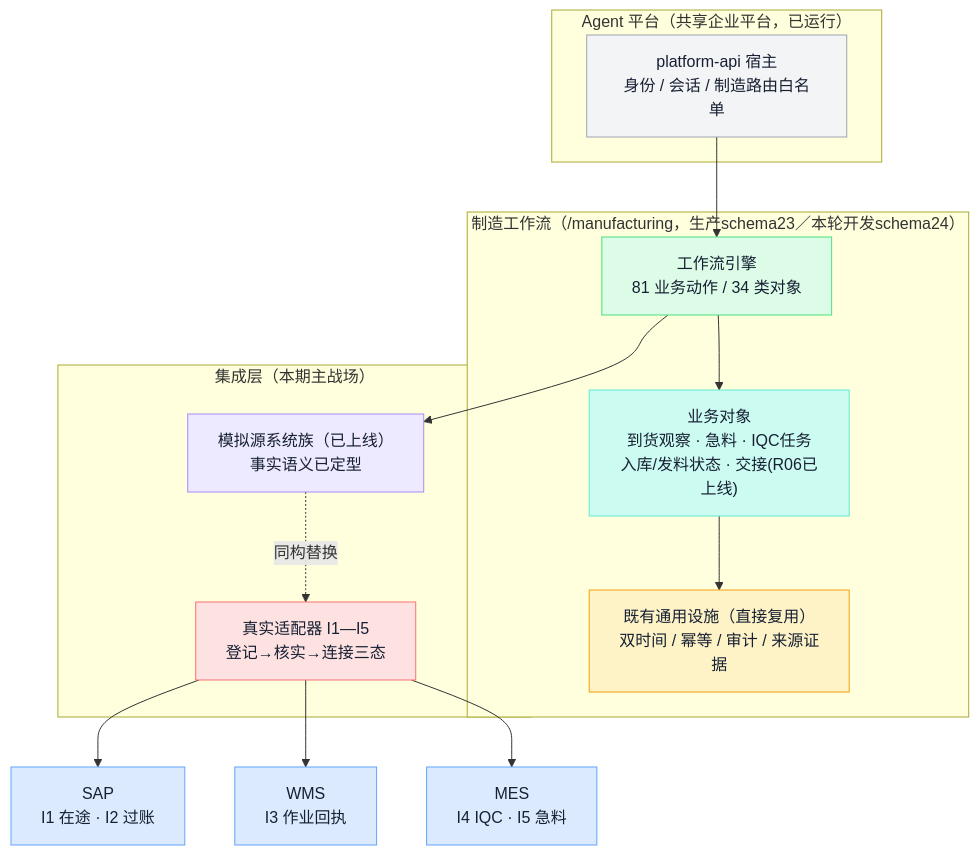
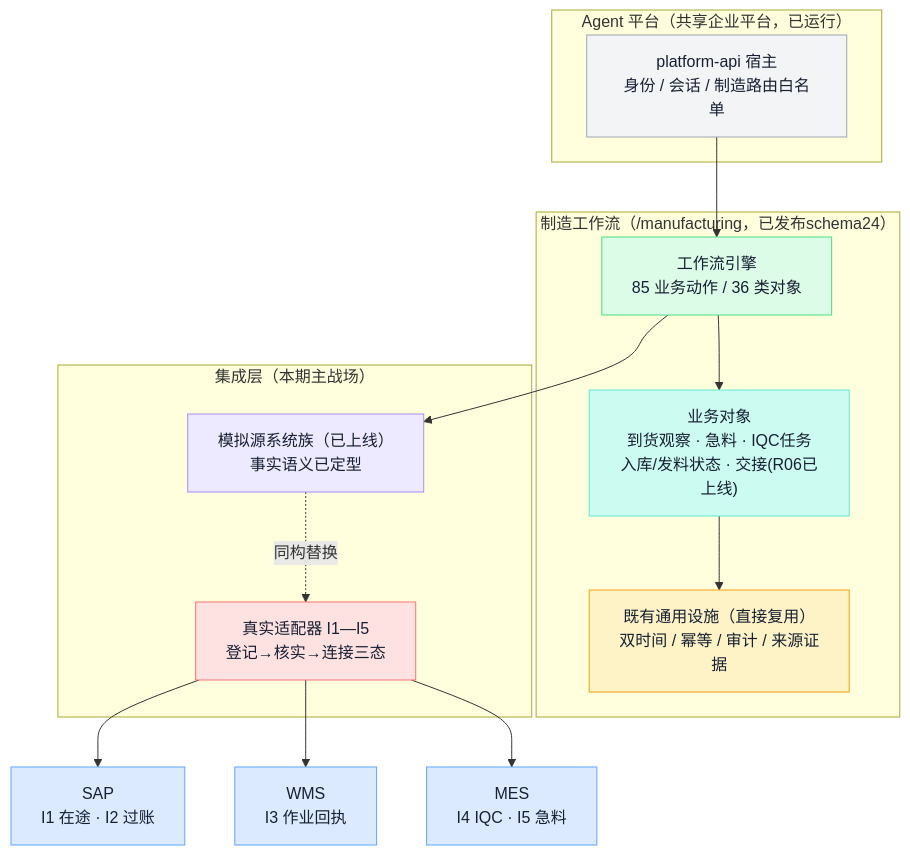
The first of 2 diagrams in docs/platform-development-launch-plan-2026-11.md (ink-hz/AI-Manufacturing-Platform), drawn with Mermaid before and after one commit. The commit also changed other lines of this file and 5 other files, not shown here.

````diff
--- a/docs/platform-development-launch-plan-2026-11.md
+++ b/docs/platform-development-launch-plan-2026-11.md
@@ -55,32 +57,32 @@
 ```mermaid
 flowchart TB
     subgraph host["Agent 平台（共享企业平台，已运行）"]
         API["platform-api 宿主<br/>身份 / 会话 / 制造路由白名单"]:::store
     end
-    subgraph mfg["制造工作流（/manufacturing，生产schema23／本轮开发schema24）"]
-        WF["工作流引擎<br/>81 业务动作 / 34 类对象"]:::exec
+    subgraph mfg["制造工作流（/manufacturing，已发布schema24）"]
+        WF["工作流引擎<br/>85 业务动作 / 36 类对象"]:::exec
         OBJ["业务对象<br/>到货观察 · 急料 · IQC任务<br/>入库/发料状态 · 交接(R06已上线)"]:::flow
         EVID["既有通用设施（直接复用）<br/>双时间 / 幂等 / 审计 / 来源证据"]:::qa
     end
     subgraph integ["集成层（本期主战场）"]
         MOCK["模拟源系统族（已上线）<br/>事实语义已定型"]:::eng
         AD["真实适配器 I1—I5<br/>登记→核实→连接三态"]:::risk
     end
     SAP["SAP<br/>I1 在途 · I2 过账"]:::biz
     WMS["WMS<br/>I3 作业回执"]:::biz
     MES["MES<br/>I4 IQC · I5 急料"]:::biz
     API --> WF
     WF --> OBJ --> EVID
     WF --> MOCK
     MOCK -.->|"同构替换"| AD
     AD --> SAP
     AD --> WMS
     AD --> MES
     classDef biz fill:#DBEAFE,stroke:#60A5FA,color:#172033;
     classDef eng fill:#EDE9FE,stroke:#A78BFA,color:#172033;
     classDef flow fill:#CCFBF1,stroke:#5EEAD4,color:#172033;
     classDef exec fill:#DCFCE7,stroke:#4ADE80,color:#172033;
     classDef qa fill:#FEF3C7,stroke:#F59E0B,color:#172033;
     classDef risk fill:#FEE2E2,stroke:#F87171,color:#172033;
     classDef store fill:#F3F4F6,stroke:#9CA3AF,color:#172033;
 ```
````
